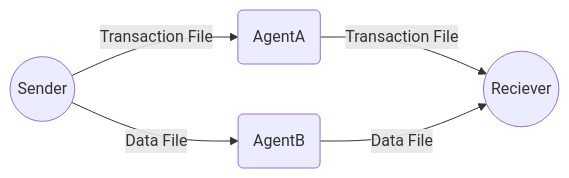
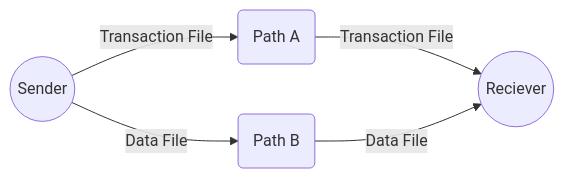
Before and after one commit to CryptoGenY/CryptoGen: the diagram in README.md, drawn with Mermaid.

````diff
--- a/README.md
+++ b/README.md
@@ -12,7 +12,7 @@
 ```mermaid
 graph LR
-    A((Sender)) -- Transaction File --> B(AgentA)
-    A -- Data File --> C(AgentB)
+    A((Sender)) -- Transaction File --> B(Path A)
+    A -- Data File --> C(Path B)
     B -- Transaction File --> D((Reciever))
     C -- Data File --> D
 ```
````
